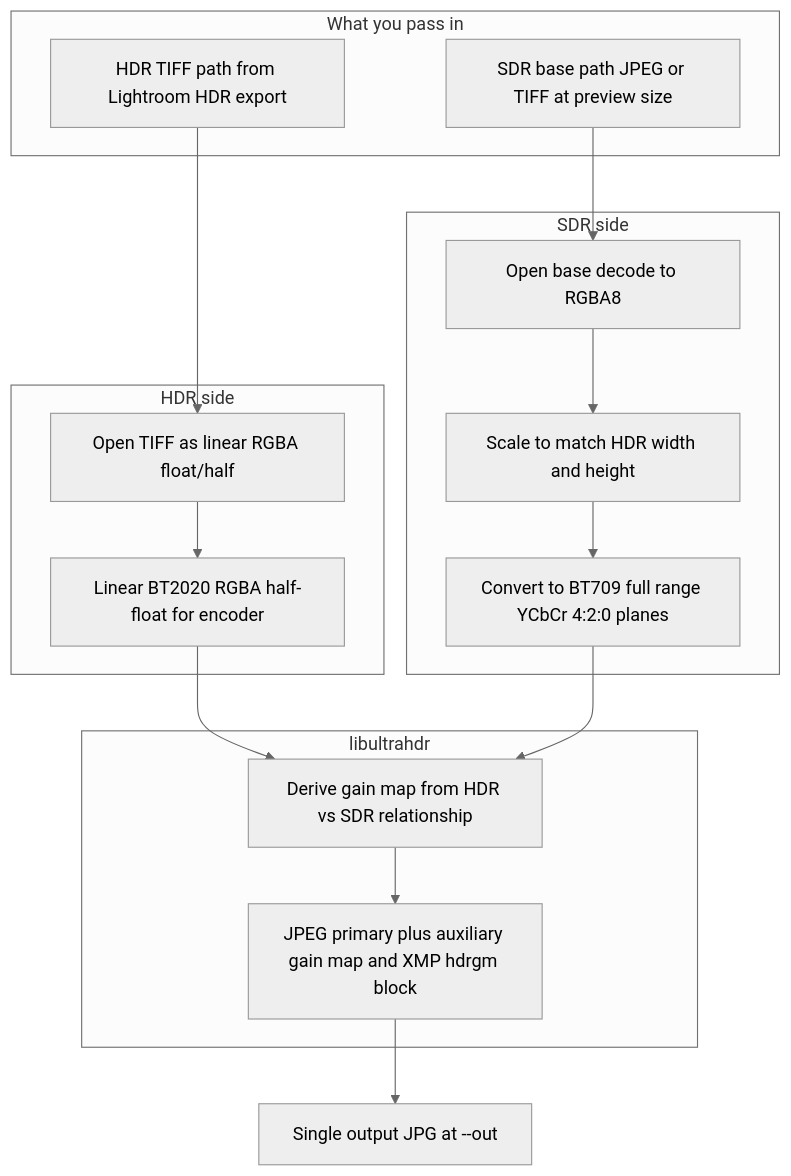
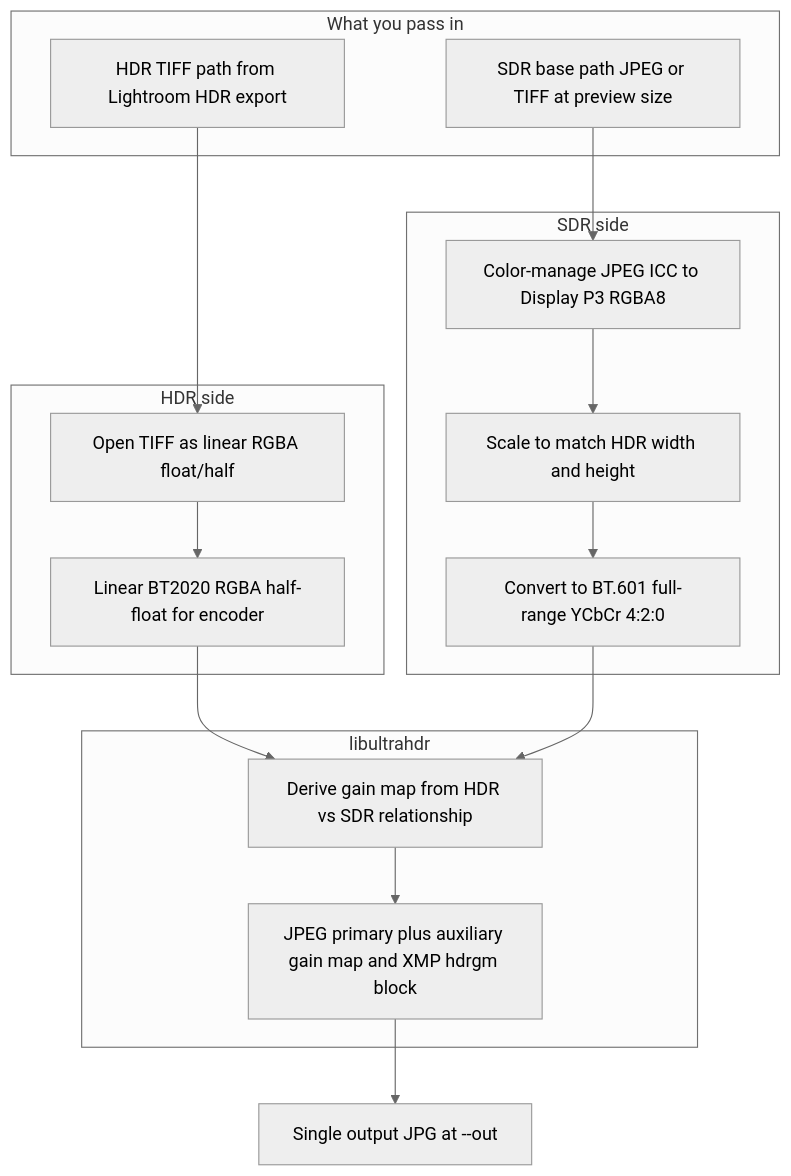
The diagram in tools/uhdr_repack/README.md (karachungen/lightroom-plugin-export-hdr), drawn with Mermaid (neutral theme) before and after one commit. The commit also changed other lines of this file and 36 other files, not shown here.

````diff
--- a/tools/uhdr_repack/README.md
+++ b/tools/uhdr_repack/README.md
@@ -11,32 +11,32 @@
 ```mermaid
 flowchart TB
   subgraph files [What you pass in]
     hdrPath["HDR TIFF path from Lightroom HDR export"]
     sdrPath["SDR base path JPEG or TIFF at preview size"]
   end
 
   subgraph hdrBranch [HDR side]
     hdrLoad["Open TIFF as linear RGBA float/half"]
     hdrBuf["Linear BT2020 RGBA half-float for encoder"]
     hdrLoad --> hdrBuf
   end
 
   subgraph sdrBranch [SDR side]
-    sdrLoad["Open base decode to RGBA8"]
+    sdrLoad["Color-manage JPEG ICC to Display P3 RGBA8"]
     sdrMatch["Scale to match HDR width and height"]
-    sdrYcc["Convert to BT709 full range YCbCr 4:2:0 planes"]
+    sdrYcc["Convert to BT.601 full-range YCbCr 4:2:0"]
     sdrLoad --> sdrMatch --> sdrYcc
   end
 
   subgraph libUhdr [libultrahdr]
     compute["Derive gain map from HDR vs SDR relationship"]
     mux["JPEG primary plus auxiliary gain map and XMP hdrgm block"]
     compute --> mux
   end
 
   hdrPath --> hdrLoad
   sdrPath --> sdrLoad
   hdrBuf --> compute
   sdrYcc --> compute
   mux --> outPath["Single output JPG at --out"]
 ```
````
